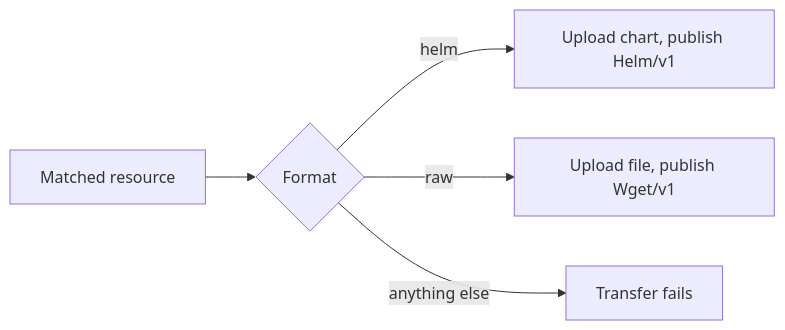
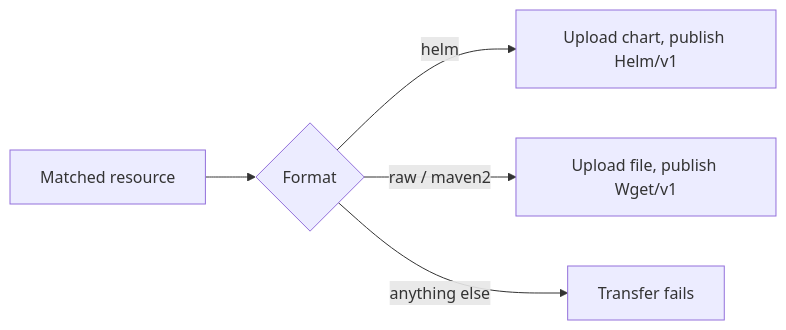
One commit to open-component-model/open-component-model changed the diagram in website/content/docs/how-to/vendor-specific-apis/sonatype-nexus.md. Above: the diagram before and after it, drawn with Mermaid. The commit also changed other lines of this file and 7 other files, not shown here.

First line of the commit message:
feat(transfer): upload maven artifacts into nexus maven2 repositories

````diff
--- a/website/content/docs/how-to/vendor-specific-apis/sonatype-nexus.md
+++ b/website/content/docs/how-to/vendor-specific-apis/sonatype-nexus.md
@@ -30,7 +30,7 @@
 ```mermaid
 flowchart LR
     R[Matched resource] --> D{Format}
     D -->|helm| H[Upload chart, publish Helm/v1]
-    D -->|raw| F[Upload file, publish Wget/v1]
+    D -->|raw / maven2| F[Upload file, publish Wget/v1]
     D -->|anything else| X[Transfer fails]
 ```
````
